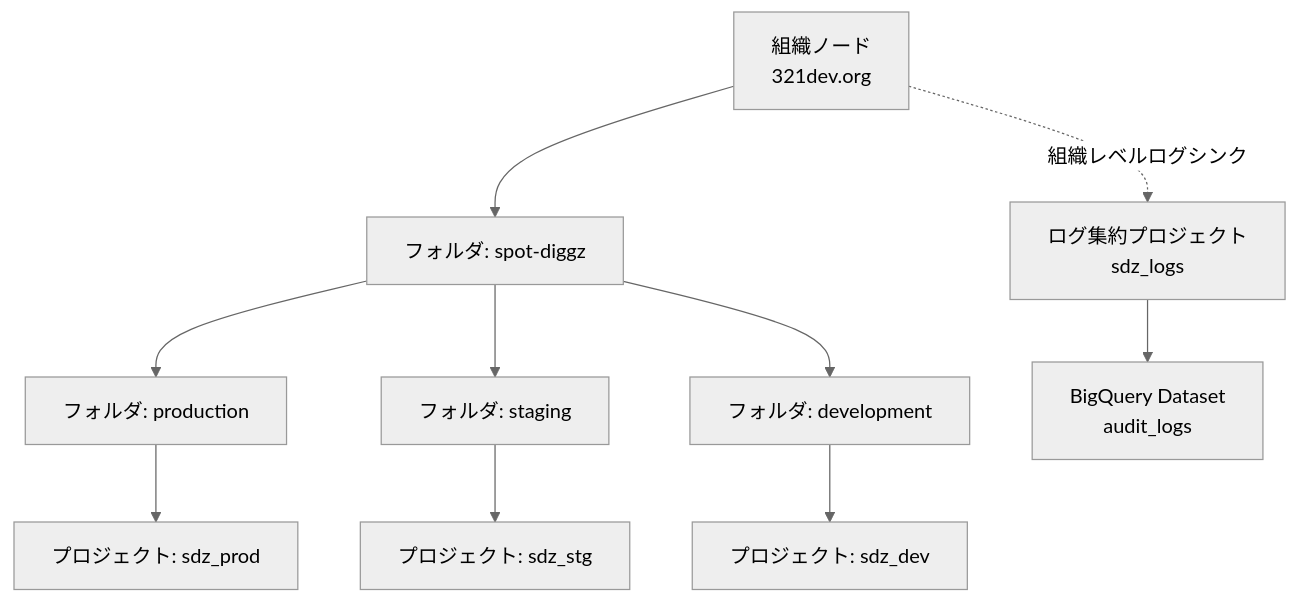
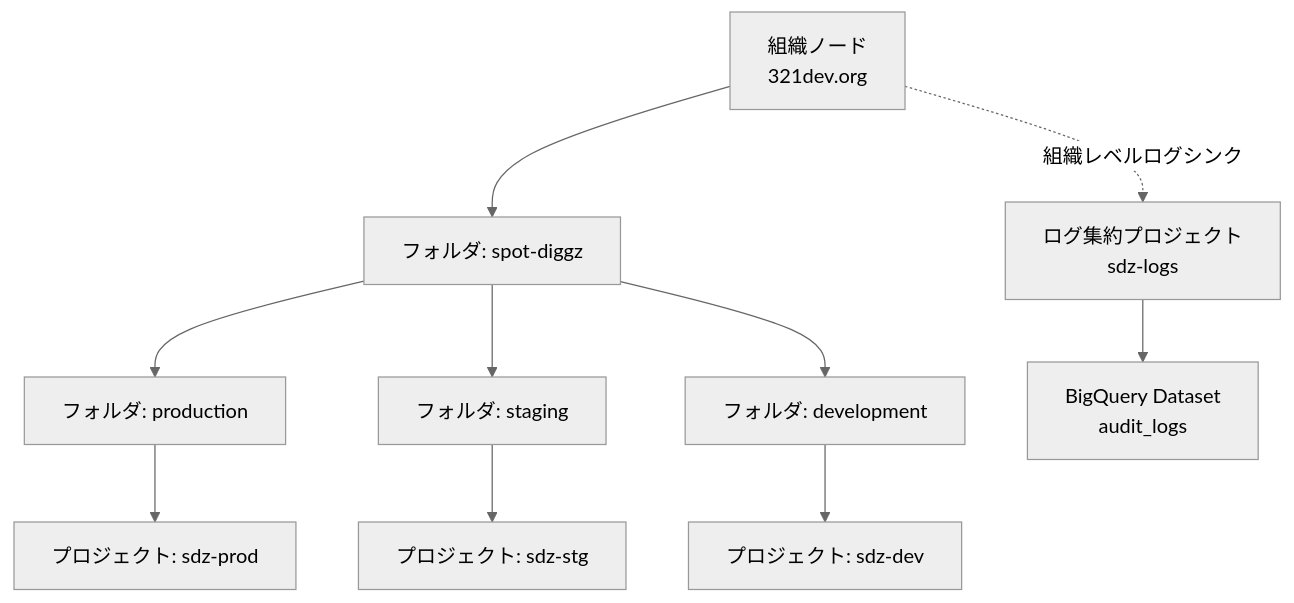
The first of 4 diagrams in AGENTS.md (uechikohei/spot-diggz), drawn with Mermaid (neutral theme) before and after one commit. The commit also changed other lines of this file and 20 other files, not shown here.

````diff
--- a/AGENTS.md
+++ b/AGENTS.md
@@ -139,13 +157,13 @@
 ```mermaid
 graph TD
     A[組織ノード<br/>321dev.org] --> B[フォルダ: spot-diggz]
     B --> C[フォルダ: production]
-    B --> D[フォルダ: staging] 
+    B --> D[フォルダ: staging]
     B --> E[フォルダ: development]
-    C --> F[プロジェクト: sdz_prod]
-    D --> G[プロジェクト: sdz_stg]
-    E --> H[プロジェクト: sdz_dev]
-    
-    I[ログ集約プロジェクト<br/>sdz_logs] --> J[BigQuery Dataset<br/>audit_logs]
+    C --> F[プロジェクト: sdz-prod]
+    D --> G[プロジェクト: sdz-stg]
+    E --> H[プロジェクト: sdz-dev]
+
+    I[ログ集約プロジェクト<br/>sdz-logs] --> J[BigQuery Dataset<br/>audit_logs]
     A -.->|組織レベルログシンク| I
 ```
````
